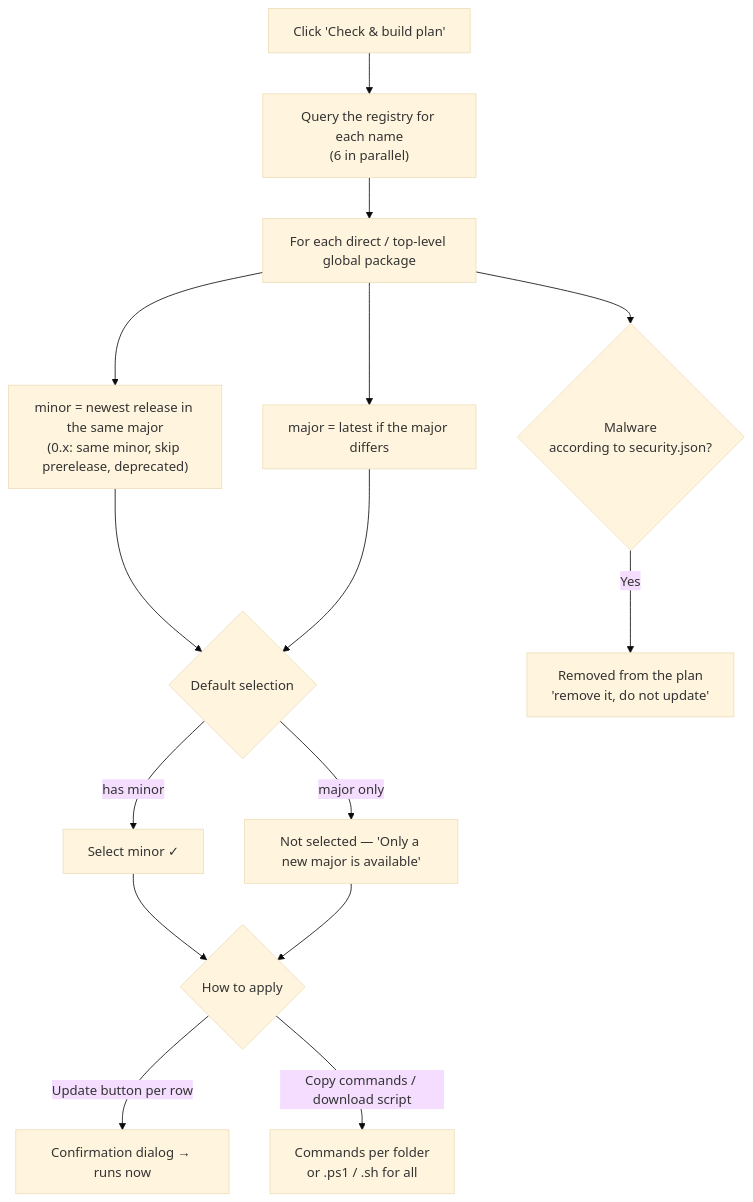
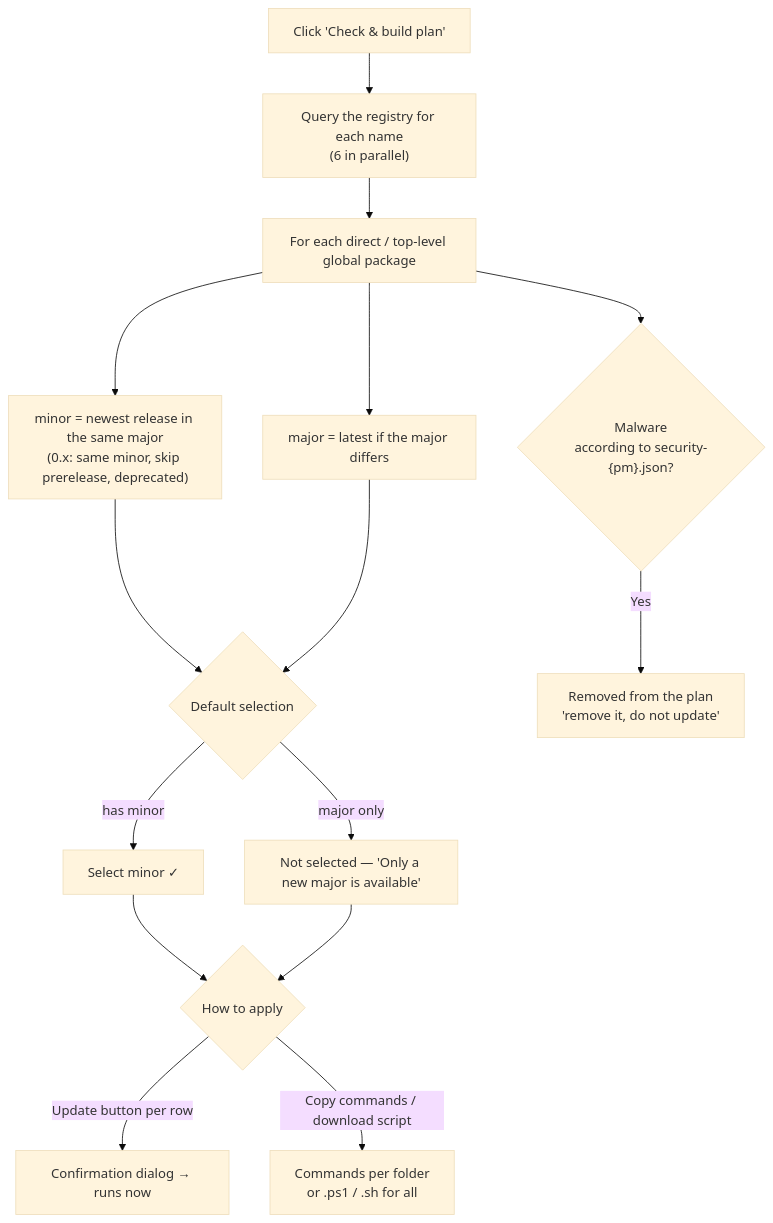
One commit to phanhuyyy/libpack-guard changed the tenth of 12 diagrams in docs/en/workflows.md. Above: the diagram before and after it, drawn with Mermaid (base theme). The commit also changed other lines of this file and 50 other files, not shown here.

````diff
--- a/docs/en/workflows.md
+++ b/docs/en/workflows.md
@@ -270,18 +270,18 @@
 ```mermaid
 flowchart TD
     Start["Click 'Check & build plan'"] --> Fetch["Query the registry for each name<br/>(6 in parallel)"]
     Fetch --> Row["For each direct / top-level global package"]
     Row --> Minor["minor = newest release in the same major<br/>(0.x: same minor, skip prerelease, deprecated)"]
     Row --> Major["major = latest if the major differs"]
     Minor --> Def{"Default selection"}
     Major --> Def
     Def -- "has minor" --> SelMinor["Select minor ✓"]
     Def -- "major only" --> SelNone["Not selected — 'Only a new major is available'"]
-    Row --> MalChk{"Malware<br/>according to security.json?"}
+    Row --> MalChk{"Malware<br/>according to security-{pm}.json?"}
     MalChk -- Yes --> Block["Removed from the plan<br/>'remove it, do not update'"]
     SelMinor --> Out
     SelNone --> Out
     Out{"How to apply"}
     Out -- "Update button per row" --> One["Confirmation dialog → runs now"]
     Out -- "Copy commands / download script" --> Script["Commands per folder<br/>or .ps1 / .sh for all"]
 ```
````
